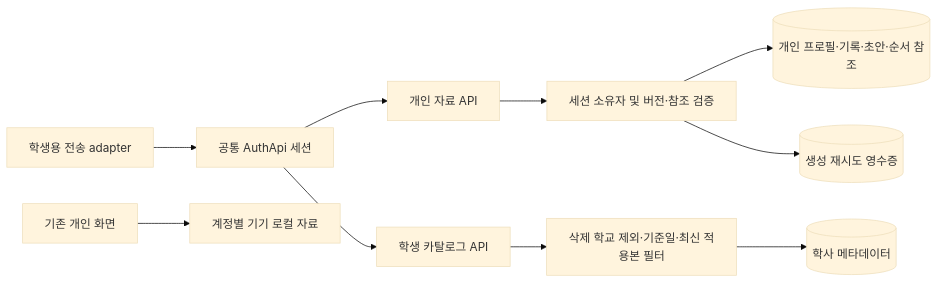
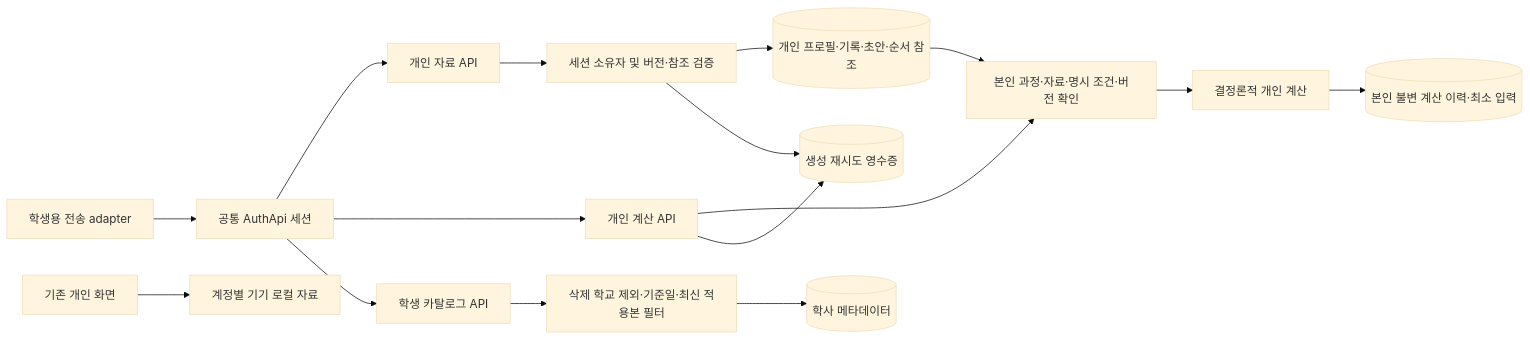
Before and after one commit to product04231125/UNIPATH: the fourth of 8 diagrams in docs/architecture-erd.md, drawn with Mermaid (base theme). The commit also changed other lines of this file and 21 other files, not shown here.

````diff
--- a/docs/architecture-erd.md
+++ b/docs/architecture-erd.md
@@ -106,12 +112,18 @@
 ```mermaid
 flowchart LR
     Client[학생용 전송 adapter] --> Auth[공통 AuthApi 세션]
     Auth --> Me[개인 자료 API]
     Me --> Owner[세션 소유자 및 버전·참조 검증]
     Owner --> Personal[(개인 프로필·기록·초안·순서 참조)]
     Owner --> Receipt[(생성 재시도 영수증)]
+    Auth --> Calculation[개인 계산 API]
+    Calculation --> PrivateGuard[본인 과정·자료·명시 조건·버전 확인]
+    Personal --> PrivateGuard
+    PrivateGuard --> Engine[결정론적 개인 계산]
+    Engine --> Snapshots[(본인 불변 계산 이력·최소 입력)]
+    Calculation --> Receipt
     Auth --> Catalog[학생 카탈로그 API]
     Catalog --> Published[삭제 학교 제외·기준일·최신 적용본 필터]
     Published --> Academic[(학사 메타데이터)]
     Existing[기존 개인 화면] --> Local[계정별 기기 로컬 자료]
 ```
````
